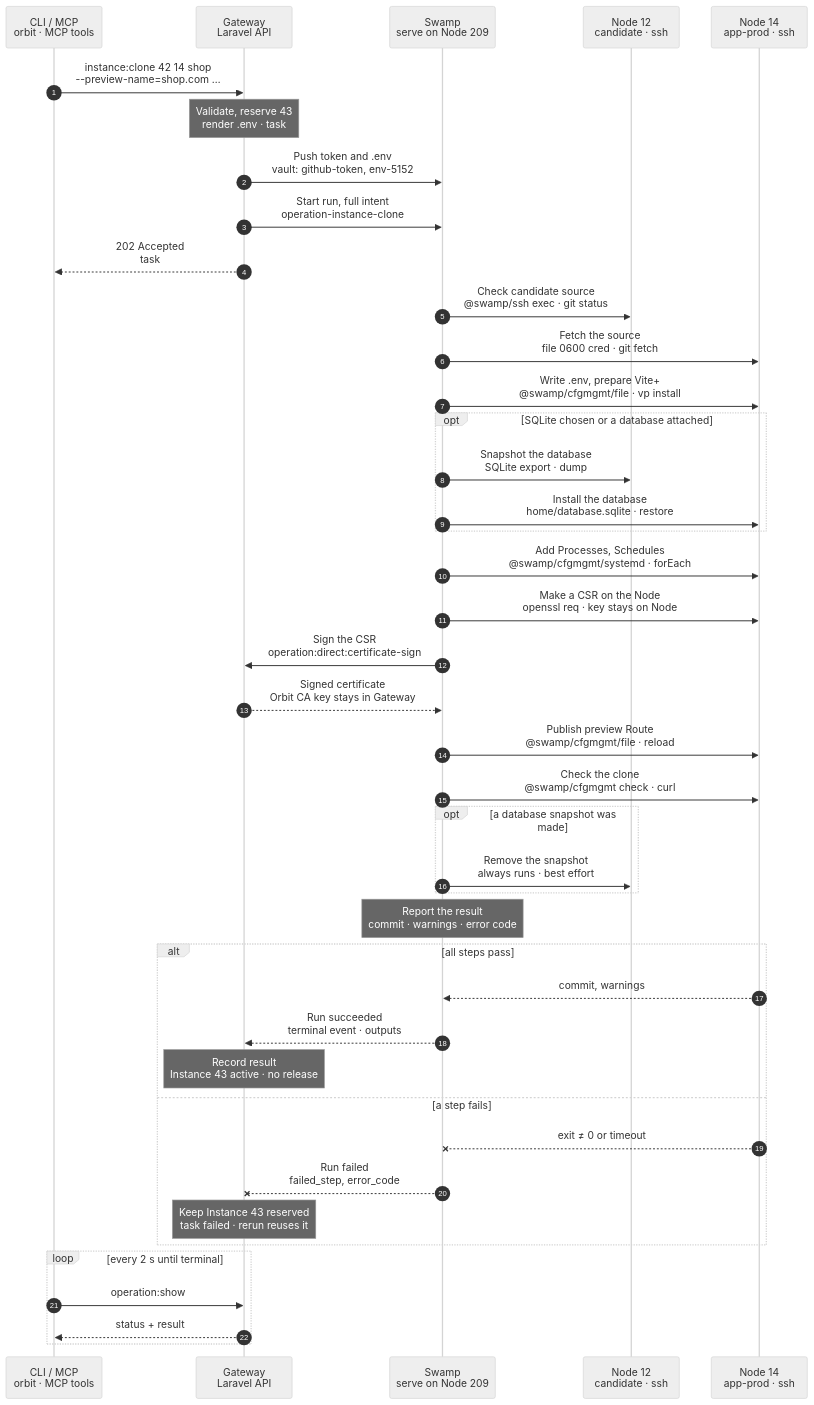
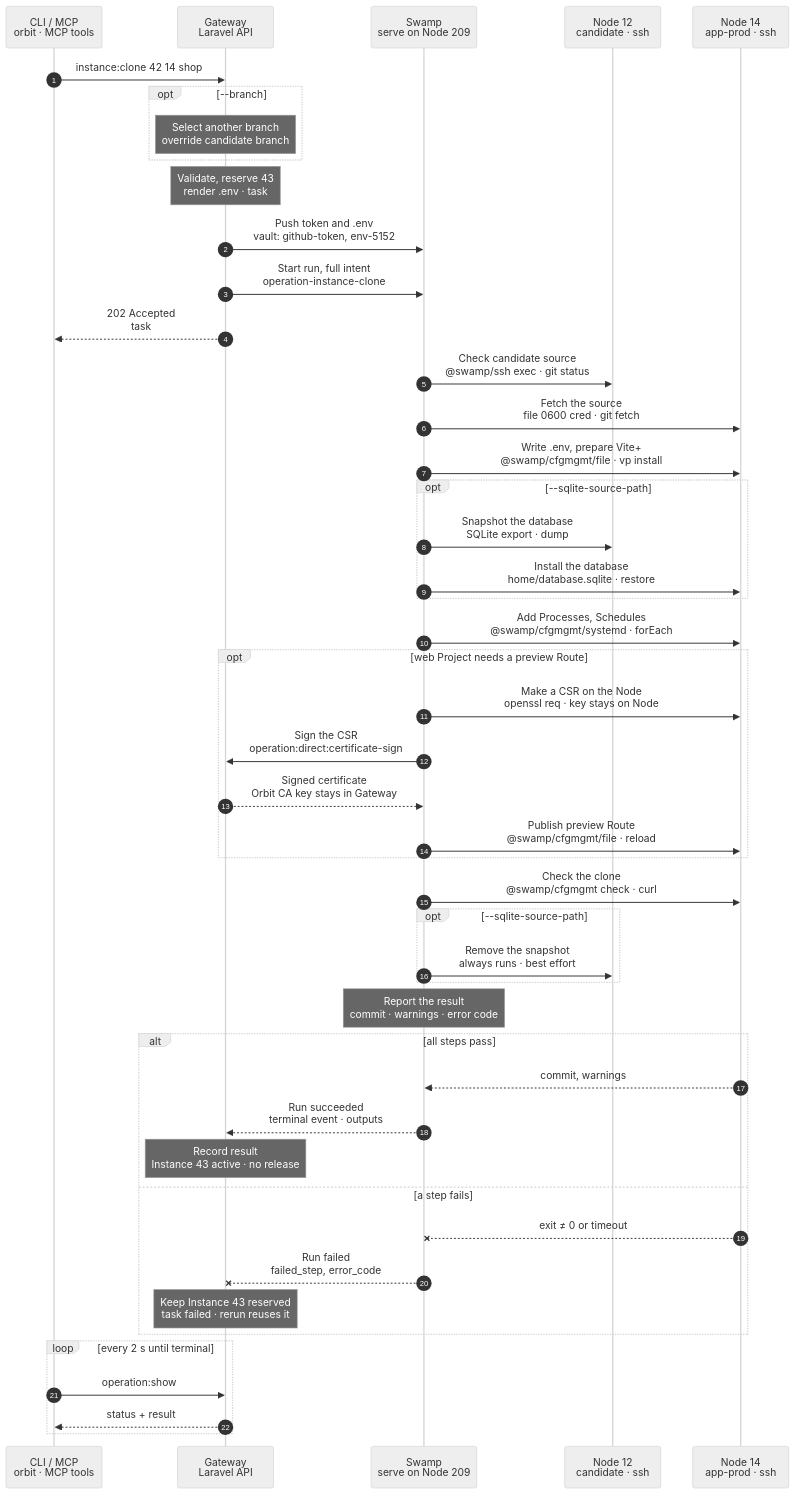
The diagram in docs/cli/instance/clone.mmd (hardimpactdev/orbit), drawn with Mermaid (neutral theme) before and after one commit. The commit also changed 11 other files, not shown here.

```diff
--- a/docs/cli/instance/clone.mmd
+++ b/docs/cli/instance/clone.mmd
@@ -1,172 +1,179 @@
 sequenceDiagram
   %% Target design: ADR 0244 task + full intent as inputs, R1-R4, single-swamp-node; DECISIONS 1 (token at admission, vault.get; signing is the one step→Gateway call), scope (Process/Schedule definitions, same-Node preview Route); database.clone merged in as a step; .env through the vault as in instance.create. docs/reference/instance-cloning.md.
   %% Tightened: flow-tighten 2026-11-02, rules 3, 17, 22 (no DNS step: the preview name is inside Node 14's TLD; cert install in the publish step as in route:create; cfgmgmt user/file/systemd, 0600 credential file for the fetch).
   %% status: draft
   %% command: instance:clone
   %% kind: instance.clone
   autonumber
   %% lane CLI icon=terminal pill=caller tone=gray
   %% lane GW icon=gateway pill=intent tone=blue
   %% lane SW icon=workflow pill=executes tone=green
   %% lane C icon=server pill=target tone=purple
   %% lane N icon=server pill=target tone=amber
   participant CLI as CLI / MCP<br/>orbit · MCP tools
   participant GW as Gateway<br/>Laravel API
   participant SW as Swamp<br/>serve on Node 209
   participant C as Node 12<br/>candidate · ssh
   participant N as Node 14<br/>app-prod · ssh
-  CLI->>GW: instance:clone 42 14 shop<br/>--preview-name=shop.com …
+  CLI->>GW: instance:clone 42 14 shop
   %%> Command:
-  %%> - `orbit instance:clone 42 14 shop --preview-name=shop.com --sqlite-source-path=/srv/orbit/apps/acme/default/database/database.sqlite`
+  %%> - `orbit instance:clone 42 14 shop --preview-name=shop.com`
   %%> - syntax: `<candidate> <node> <name> --preview-name=NAME [--branch=BRANCH] [--sqlite-source-path=PATH] [--idempotency-key=KEY]`
   %%> What it does:
   %%> - clones development Instance 42 on Node 12 into a new production Instance `shop` on Node 14
+  %%> Required input:
+  %%> - `--preview-name=NAME` is mandatory even though the signature declares an option
   %%> Options:
   %%> - `--preview-name`: combined with Node 14's TLD, such as `shop.com.prod.orbit`
   %%> - `--branch`: another branch; the default is the candidate's branch
   %%> - `--sqlite-source-path`: seed the production SQLite file from this file on the candidate
+  opt --branch
+    Note over GW: Select another branch<br/>override candidate branch
+    %%> What it changes:
+    %%> - validates and fetches the supplied repository branch instead of inheriting the candidate branch
+  end
   Note over GW: Validate, reserve 43<br/>render .env · task #5152
   %%> Requirements:
   %%> - your Node has access grants to Node 12 and Node 14
   %%> - Node 14 is active, has the `app-prod` role and a TLD
-  %%> - Instance 42 is active with a recorded source; the branch exists in the repository
+  %%> - Instance 42 is active with a recorded source and no attached server database; the branch exists in the repository
   %%> - Project 7 has no production Instance on Node 14 yet, and the preview domain is free
   %%> Plans:
   %%> - the account `orbit-app-7` and its home `/home/orbit-app-7`
   %%> - the Project's production Process and Schedule definitions
-  %%> - the preview Route, and a database clone for each attached database or the chosen SQLite file
+  %%> - the preview Route for a web Project; no database is copied by default
   %%> Renders .env:
   %%> - from the stored values of Instance 42, without `DB_*` and WebSocket credentials
   %%> - with the new database keys, such as `DB_DATABASE=/home/orbit-app-7/database.sqlite`
   %%> Result:
   %%> - Instance 43 reserved; task #5152 recorded with the full intent
   GW->>SW: Push token and .env<br/>vault: github-token, env-5152
   %%> Why:
   %%> - the repository is private, and only the Gateway holds the GitHub App key
   %%> - `.env` and database passwords travel only through the vault
   %%> What it does:
   %%> - mints a read token for this one repository, valid 1 hour
   %%> - pushes the token, the rendered `.env` and any new database password into Swamp's vault
   GW->>SW: Start run, full intent<br/>operation-instance-clone
   %%> What it does:
   %%> - starts one run on Swamp serve (Node 209); every step runs there
   %%> Inputs:
   %%> - both Nodes' addresses and SSH host keys; the SSH identity comes from the `swamp` role
   %%> - the full intent; secrets only as vault key names
   GW-->>CLI: 202 Accepted<br/>task #5152
   %%> What you get:
   %%> - the task number, at once
   %%> Next:
   %%> - the CLI follows the task with `operation:show`
   SW->>C: Check candidate source<br/>@swamp/ssh exec · git status
   %%> How:
   %%> - Swamp reaches Node 12 over `@swamp/ssh` from 209, read-only
   %%> What it does:
   %%> - checks the repository, branch and commit, a clean working tree and no submodules
   %%> - refuses an origin that contains credentials
   %%> Not included:
   %%> - copies no working files, dependencies or logs; the candidate keeps running
   %%> Why on the Node:
   %%> - the candidate's tree can change after admission, and the clone depends on it
   SW->>N: Fetch the source<br/>file 0600 cred · git fetch
   %%> What it does:
   %%> - creates the account `orbit-app-7` and its home on Node 14 with `@swamp/cfgmgmt/user`
   %%> - writes the vault token as a 0600 credential file with `@swamp/cfgmgmt/file`; git reads it, so the token never enters argv
   %%> - fetches the committed source into the home's release layout and checks out the commit
   %%> - leaves `current` absent until the first deploy
   SW->>N: Write .env, prepare Vite+<br/>@swamp/cfgmgmt/file · vp install
   %%> What it does:
   %%> - creates the `orbit-env` group when the Node lacks it, and gives it traverse on the home with one `setfacl` argv, as Caddy has on a release
   %%> - writes the rendered `.env` from `vault.get env-5152` with `@swamp/cfgmgmt/file`, mode `0640`, group `orbit-env`, so the Node agent can report its key names
   %%> - installs and checks the pinned Vite+ runtime; a Project without one skips this
-  opt SQLite chosen or a database attached
+  opt --sqlite-source-path
     SW->>C: Snapshot the database<br/>SQLite export · dump
     %%> What it does:
     %%> - SQLite: makes a consistent copy of the chosen file on Node 12
-    %%> - MySQL or PostgreSQL: dumps the candidate's database on its Database server
     %%> Why here:
     %%> - this was the kind `database.clone`; it is now a step of the clone
     SW->>N: Install the database<br/>home/database.sqlite · restore
     %%> What it does:
     %%> - SQLite: installs the copy as `/home/orbit-app-7/database.sqlite`
-    %%> - MySQL or PostgreSQL: restores the dump into the new database and user on the Database server
   end
   SW->>N: Add Processes, Schedules<br/>@swamp/cfgmgmt/systemd · forEach
   %%> What it does:
   %%> - installs the Project's production Process definitions, enabled but not started; the first deploy starts them
   %%> - installs the per-minute Laravel scheduler as a timer on Node 14
   %%> Other Schedules:
   %%> - become native Swamp schedules; the Gateway publishes them after success
-  SW->>N: Make a CSR on the Node<br/>openssl req · key stays on Node
-  %%> What it does:
-  %%> - makes a key and a certificate request for `shop.com.prod.orbit` on Node 14
-  SW->>GW: Sign the CSR<br/>operation:direct:certificate-sign
-  %%> Why:
-  %%> - the one allowed step→Gateway call; the Orbit CA key stays in the Gateway
-  GW-->>SW: Signed certificate<br/>Orbit CA key stays in Gateway
-  %%> Returns:
-  %%> - the certificate for the preview domain
-  SW->>N: Publish preview Route<br/>@swamp/cfgmgmt/file · reload
-  %%> What it does:
-  %%> - installs the certificate and adds the Caddy site for `shop.com.prod.orbit` on Node 14
-  %%> - same-Node work: Caddy on Node 14 serves the Instance home
-  %%> - reloads Caddy; other sites keep serving
-  %%> No DNS step:
-  %%> - `shop.com.prod.orbit` is inside Node 14's TLD, and private DNS answers the whole TLD
+  opt web Project needs a preview Route
+    SW->>N: Make a CSR on the Node<br/>openssl req · key stays on Node
+    %%> What it does:
+    %%> - makes a key and a certificate request for `shop.com.prod.orbit` on Node 14
+    SW->>GW: Sign the CSR<br/>operation:direct:certificate-sign
+    %%> Why:
+    %%> - the one allowed step→Gateway call; the Orbit CA key stays in the Gateway
+    GW-->>SW: Signed certificate<br/>Orbit CA key stays in Gateway
+    %%> Returns:
+    %%> - the certificate for the preview domain
+    SW->>N: Publish preview Route<br/>@swamp/cfgmgmt/file · reload
+    %%> What it does:
+    %%> - installs the certificate and adds the Caddy site for `shop.com.prod.orbit` on Node 14
+    %%> - same-Node work: Caddy on Node 14 serves the Instance home
+    %%> - reloads Caddy; other sites keep serving
+    %%> No DNS step:
+    %%> - `shop.com.prod.orbit` is inside Node 14's TLD, and private DNS answers the whole TLD
+  end
   SW->>N: Check the clone<br/>@swamp/cfgmgmt check · curl
   %%> What it does:
   %%> - checks the checked-out commit and the `.env` file
   %%> - probes the preview site over TLS
-  opt a database snapshot was made
+  opt --sqlite-source-path
     SW->>C: Remove the snapshot<br/>always runs · best effort
     %%> What it does:
     %%> - removes the snapshot and transfer files on Node 12, 209 and Node 14
     %%> When:
     %%> - after success and after failure
     %%> Failure:
     %%> - a failed cleanup is a warning; the leftover is harmless
   end
   Note over SW: Report the result<br/>commit · warnings · error code
   %%> What it does:
   %%> - prints the clone's public result: the checked-out commit and key-only warnings, or the error code
   %%> Why a step of its own:
   %%> - each chart step above is a child workflow, and a failed step keeps no output; the Gateway reads the result from this parent step
   alt all steps pass
     N-->>SW: commit, warnings
     %%> Returns:
     %%> - the checked-out commit
     %%> - key-only warnings, such as development service references in `.env`
     SW-->>GW: Run succeeded<br/>terminal event · outputs
     %%> How the Gateway learns it:
     %%> - its shared run reader sees the terminal event; Swamp never calls the Gateway
     Note over GW: Record result<br/>Instance 43 active · no release
     %%> Result:
     %%> - Instance 43 active, with its preview Route, Processes and Schedules
-    %%> - the database connection is registered and attached under `DB`
+    %%> - with `--sqlite-source-path`, the SQLite copy is registered and attached under `DB`
     %%> - task #5152 succeeds
     %%> Next:
     %%> - review the warnings with `env:update`, add deploy steps, then `instance:deploy 43`
   else a step fails
     N--xSW: exit ≠ 0 or timeout
     %%> When:
     %%> - a check, fetch, restore or Caddy step fails, or SSH fails
     SW--xGW: Run failed<br/>failed_step, error_code
     %%> The Gateway reads:
     %%> - which step failed and its error code
     Note over GW: Keep Instance 43 reserved<br/>task failed · rerun reuses it
     %%> Result:
     %%> - Instance 43 stays reserved and shows the error; task #5152 fails
     %%> On the Node:
     %%> - what Node 14 got stays; the candidate is unchanged
     %%> Retry:
     %%> - the same request reuses Instance 43 and repeats only what is missing
     %%> - a changed input returns `instance.clone_retry_conflict`
   end
   loop every 2 s until terminal
     CLI->>GW: operation:show #5152
     %%> What it does:
     %%> - asks for the task's status until it has ended
     GW-->>CLI: status + result
     %%> Returns:
     %%> - the current status, and the result once the task has ended
   end
```
